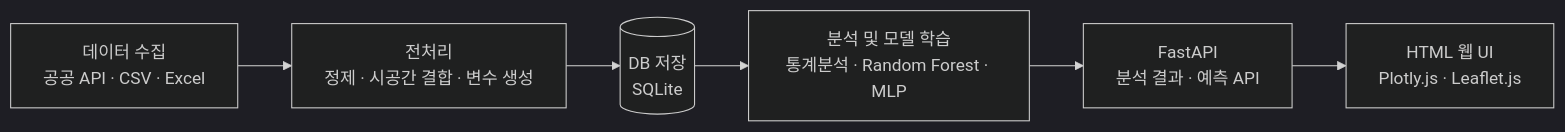
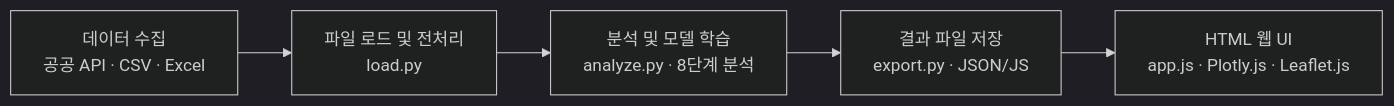
Before and after one commit to roongji5/property-estimate: the diagram in README.md, drawn with Mermaid (dark theme). The commit also changed other lines of this file and 45 other files, not shown here.

````diff
--- a/README.md
+++ b/README.md
@@ -123,8 +124,7 @@
 ```mermaid
 flowchart LR
-    A[데이터 수집<br/>공공 API · CSV · Excel] --> B[전처리<br/>정제 · 시공간 결합 · 변수 생성]
-    B --> C[(DB 저장<br/>SQLite)]
-    C --> D[분석 및 모델 학습<br/>통계분석 · Random Forest · MLP]
-    D --> E[FastAPI<br/>분석 결과 · 예측 API]
-    E --> F[HTML 웹 UI<br/>Plotly.js · Leaflet.js]
+    A[데이터 수집<br/>공공 API · CSV · Excel] --> B[파일 로드 및 전처리<br/>load.py]
+    B --> C[분석 및 모델 학습<br/>analyze.py · 8단계 분석]
+    C --> D[결과 파일 저장<br/>export.py · JSON/JS]
+    D --> E[HTML 웹 UI<br/>app.js · Plotly.js · Leaflet.js]
 ```
````
